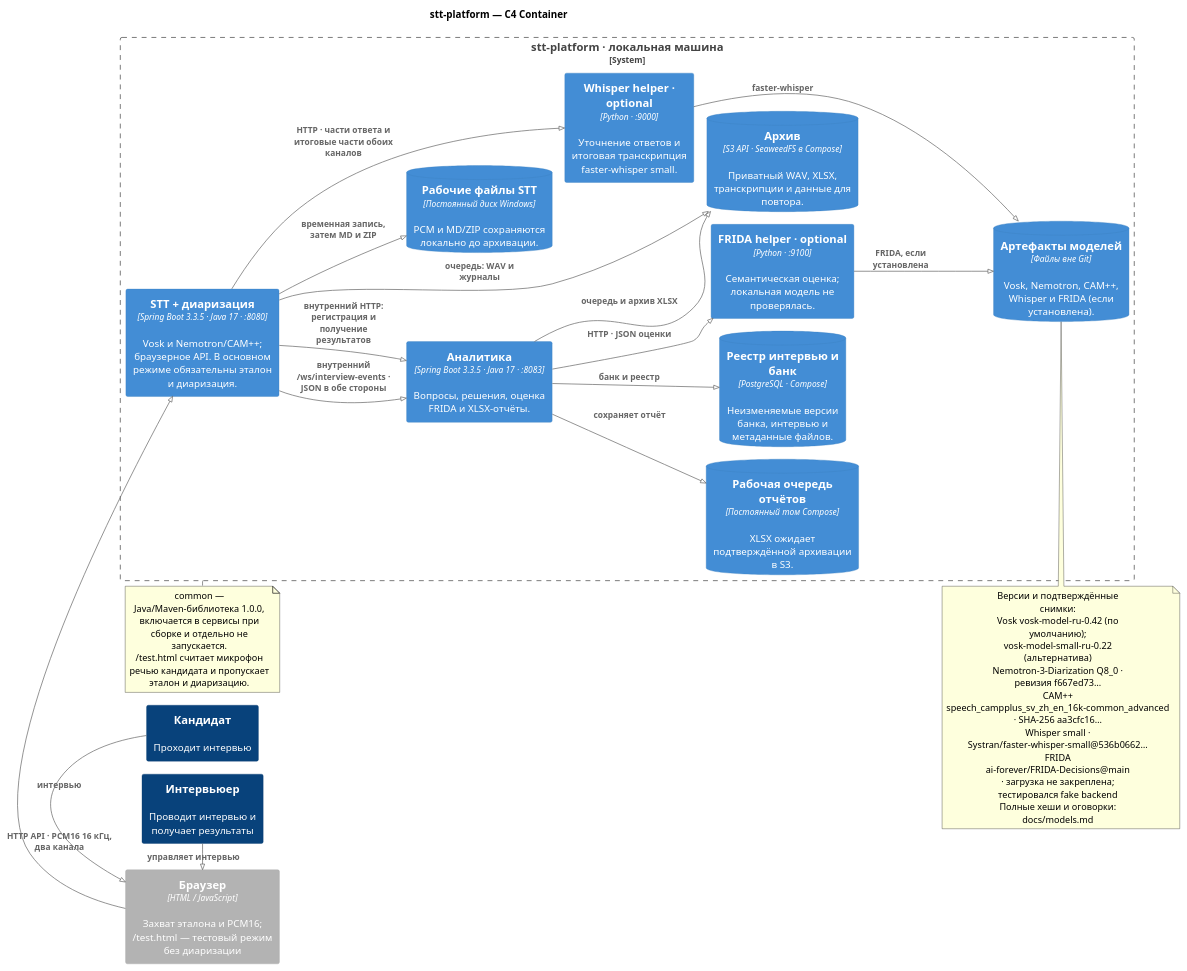
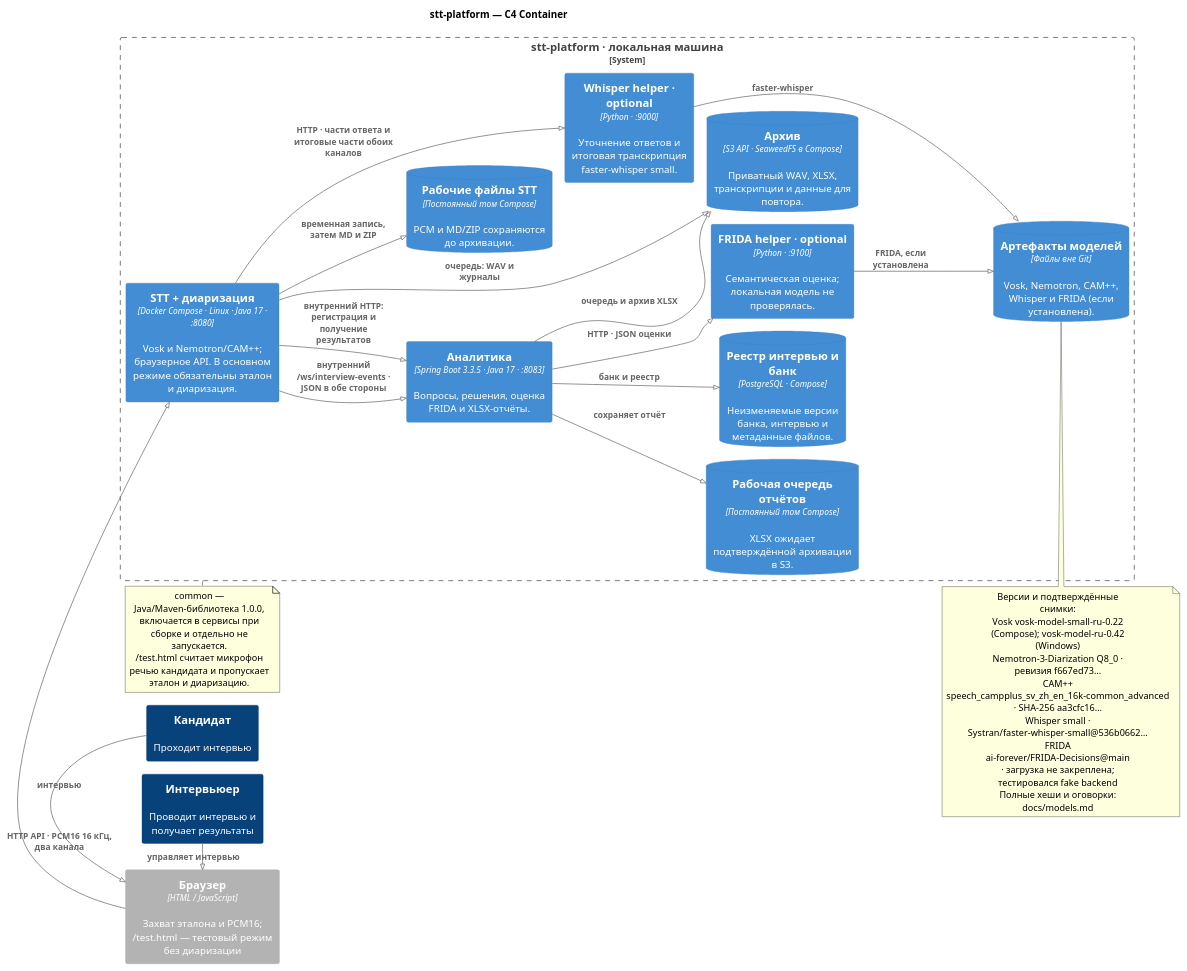
One commit to ArtemSorin/stt-platform changed the diagram in docs/diagrams/stt-platform-c4.puml. Above: the diagram before and after it, drawn with PlantUML. The commit also changed 16 other files, not shown here.

Commit message:
Run STT with Linux models in Docker Compose

```diff
--- a/docs/diagrams/stt-platform-c4.puml
+++ b/docs/diagrams/stt-platform-c4.puml
@@ -1,56 +1,56 @@
 @startuml stt-platform-c4
 !pragma layout smetana
 !include <C4/C4_Container>
 
 title stt-platform — C4 Container
 LAYOUT_LEFT_RIGHT()
 HIDE_PERSON_SPRITE()
 HIDE_STEREOTYPE()
 
 Person(candidate, "Кандидат", "Проходит интервью")
 Person(interviewer, "Интервьюер", "Проводит интервью и получает результаты")
 Container_Ext(browser, "Браузер", "HTML / JavaScript", "Захват эталона и PCM16; /test.html — тестовый режим без диаризации")
 
 System_Boundary(platform, "stt-platform · локальная машина") {
-    Container(stt, "STT + диаризация", "Spring Boot 3.3.5 · Java 17 · :8080", "Vosk и Nemotron/CAM++; браузерное API. В основном режиме обязательны эталон и диаризация.")
+    Container(stt, "STT + диаризация", "Docker Compose · Linux · Java 17 · :8080", "Vosk и Nemotron/CAM++; браузерное API. В основном режиме обязательны эталон и диаризация.")
     Container(analytics, "Аналитика", "Spring Boot 3.3.5 · Java 17 · :8083", "Вопросы, решения, оценка FRIDA и XLSX-отчёты.")
     Container(whisper, "Whisper helper · optional", "Python · :9000", "Уточнение ответов и итоговая транскрипция faster-whisper small.")
     Container(frida, "FRIDA helper · optional", "Python · :9100", "Семантическая оценка; локальная модель не проверялась.")
     ContainerDb(models, "Артефакты моделей", "Файлы вне Git", "Vosk, Nemotron, CAM++, Whisper и FRIDA (если установлена).")
     ContainerDb(reports, "Рабочая очередь отчётов", "Постоянный том Compose", "XLSX ожидает подтверждённой архивации в S3.")
-    ContainerDb(transcripts, "Рабочие файлы STT", "Постоянный диск Windows", "PCM и MD/ZIP сохраняются локально до архивации.")
+    ContainerDb(transcripts, "Рабочие файлы STT", "Постоянный том Compose", "PCM и MD/ZIP сохраняются до архивации.")
     ContainerDb(database, "Реестр интервью и банк", "PostgreSQL · Compose", "Неизменяемые версии банка, интервью и метаданные файлов.")
     ContainerDb(objects, "Архив", "S3 API · SeaweedFS в Compose", "Приватный WAV, XLSX, транскрипции и данные для повтора.")
 }
 
 Rel_R(candidate, browser, "интервью")
 Rel_R(interviewer, browser, "управляет интервью")
 Rel_R(browser, stt, "HTTP API · PCM16 16 кГц, два канала")
 Rel_R(stt, analytics, "внутренний /ws/interview-events · JSON в обе стороны")
 Rel_D(stt, whisper, "HTTP · части ответа и итоговые части обоих каналов")
 Rel_D(stt, transcripts, "временная запись, затем MD и ZIP")
 Rel_D(analytics, frida, "HTTP · JSON оценки")
 Rel_D(analytics, reports, "сохраняет отчёт")
 Rel_D(analytics, database, "банк и реестр")
 Rel_D(analytics, objects, "очередь и архив XLSX")
 Rel_D(stt, objects, "очередь: WAV и журналы")
 Rel_D(stt, analytics, "внутренний HTTP: регистрация и получение результатов")
 Rel_D(whisper, models, "faster-whisper")
 Rel_D(frida, models, "FRIDA, если установлена")
 
 note bottom of models
   Версии и подтверждённые снимки:
-  Vosk vosk-model-ru-0.42 (по умолчанию); vosk-model-small-ru-0.22 (альтернатива)
+  Vosk vosk-model-small-ru-0.22 (Compose); vosk-model-ru-0.42 (Windows)
   Nemotron-3-Diarization Q8_0 · ревизия f667ed73…
   CAM++ speech_campplus_sv_zh_en_16k-common_advanced · SHA-256 aa3cfc16…
   Whisper small · Systran/faster-whisper-small@536b0662…
   FRIDA ai-forever/FRIDA-Decisions@main · загрузка не закреплена; тестировался fake backend
   Полные хеши и оговорки: docs/models.md
 end note
 
 note bottom of platform
   common — Java/Maven-библиотека 1.0.0, включается в сервисы при сборке и отдельно не запускается.
   /test.html считает микрофон речью кандидата и пропускает эталон и диаризацию.
 end note
 
 @enduml
```
